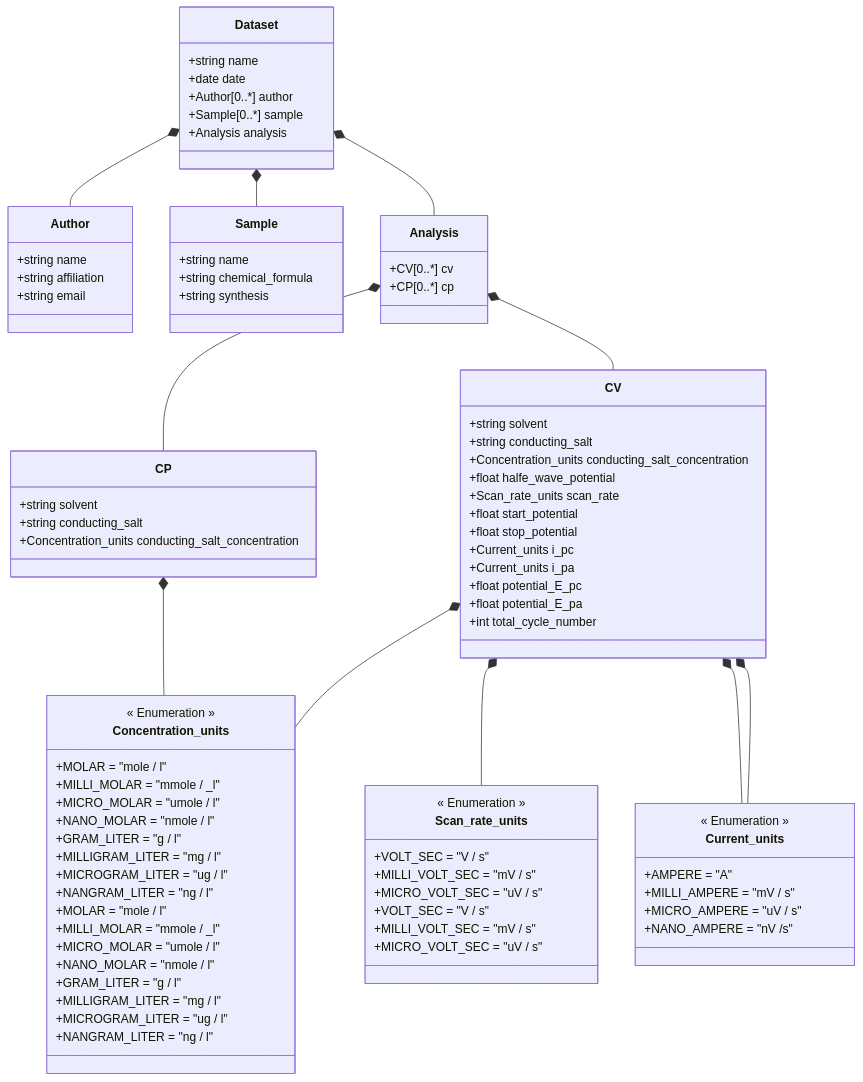
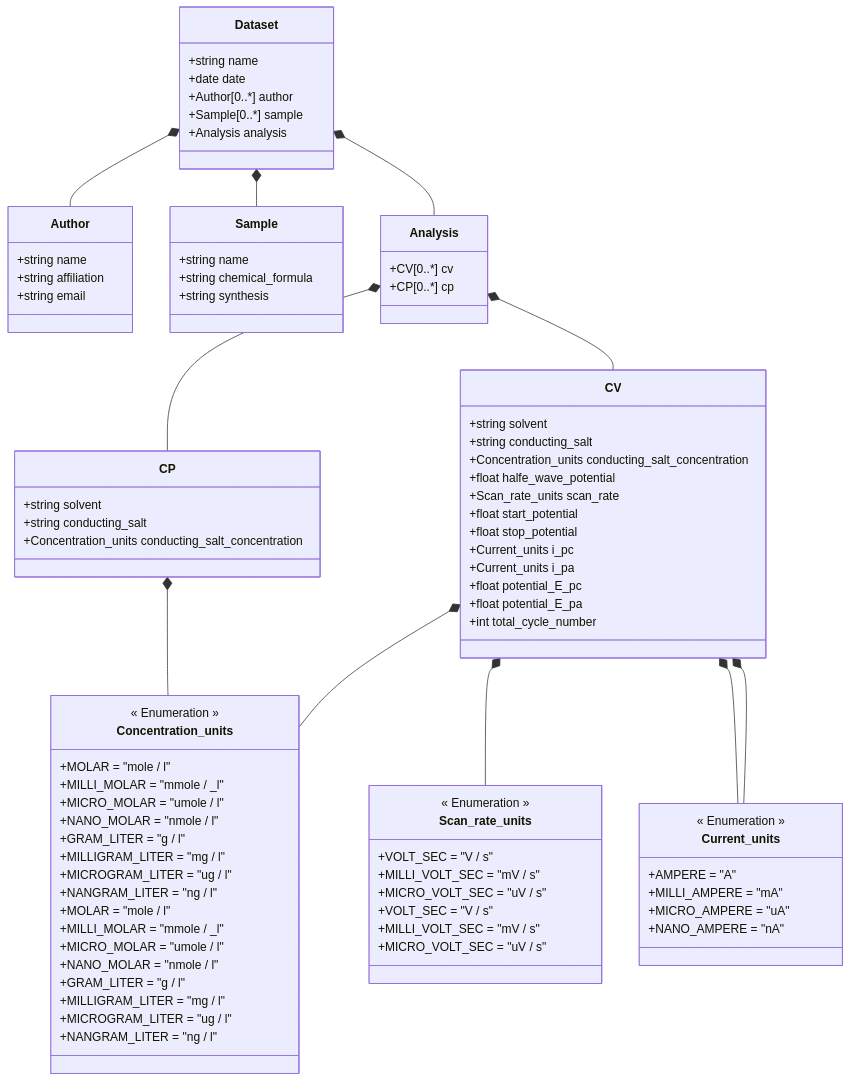
The diagram in ElectrochemistryDataModel/schemes/Datamodel for Electrochemistry.md (FAIRChemistry/datamodel-electrochemistry), drawn with Mermaid before and after one commit. The commit also changed 6 other files, not shown here.

````diff
--- a/ElectrochemistryDataModel/schemes/Datamodel for Electrochemistry.md
+++ b/ElectrochemistryDataModel/schemes/Datamodel for Electrochemistry.md
@@ -98,9 +98,9 @@
     class Current_units {
         << Enumeration >>
         +AMPERE = "A"
-        +MILLI_AMPERE = "mV / s"
-        +MICRO_AMPERE = "uV / s"
-        +NANO_AMPERE = "nV /s"
+        +MILLI_AMPERE = "mA"
+        +MICRO_AMPERE = "uA"
+        +NANO_AMPERE = "nA"
     }
     
 ```
````
